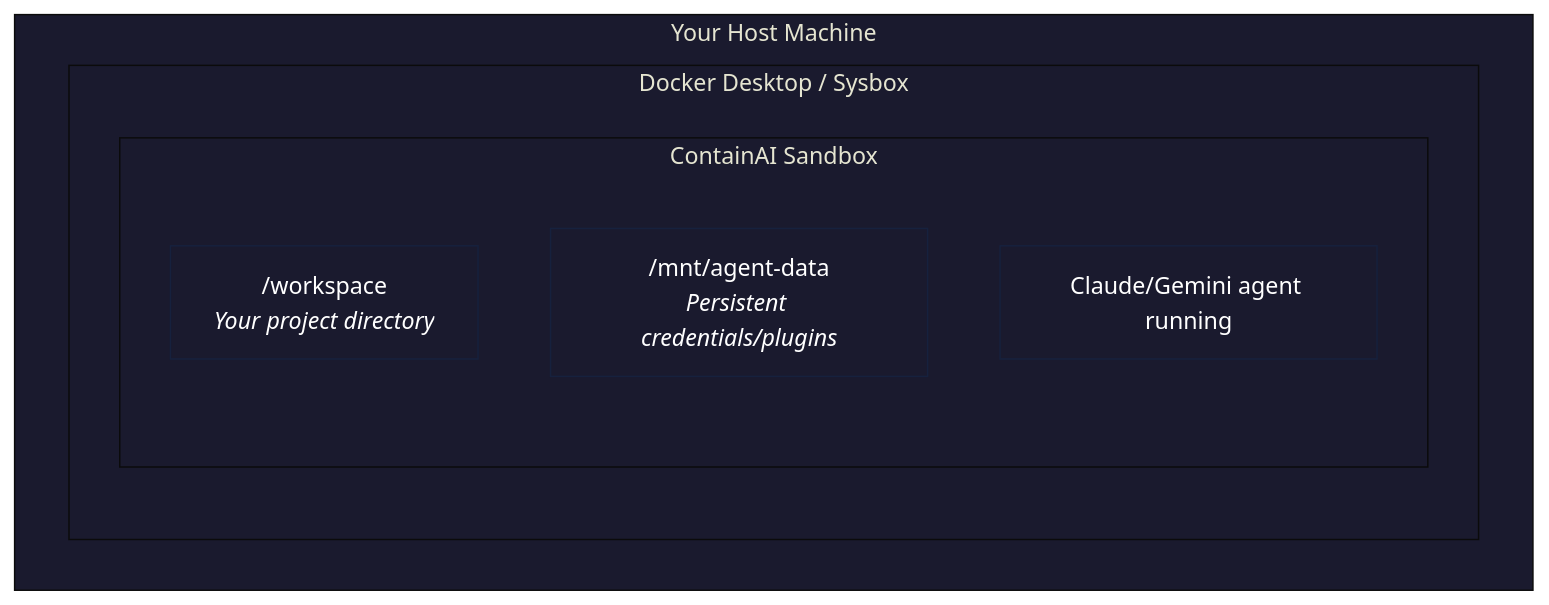
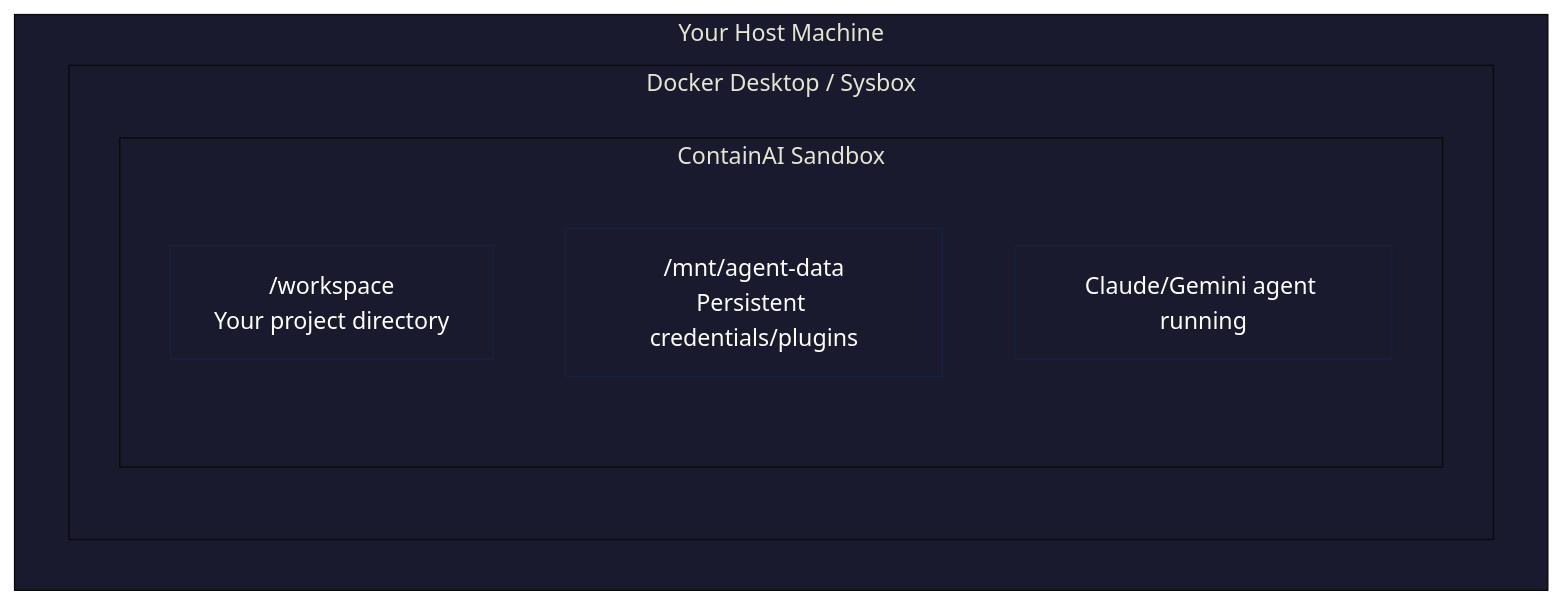
The second of 2 diagrams in docs/quickstart.md (novotnyllc/ContainAI), drawn with Mermaid before and after one commit. The commit also changed other lines of this file and 1 other file, not shown here.

First line of the commit message:
fix(docs): address mermaid review feedback

````diff
--- a/docs/quickstart.md
+++ b/docs/quickstart.md
@@ -140,22 +140,22 @@
 ```mermaid
 %%{init: {'theme': 'base', 'themeVariables': {
   'primaryColor': '#1a1a2e',
   'primaryTextColor': '#ffffff',
   'primaryBorderColor': '#16213e',
   'secondaryColor': '#0f3460',
   'tertiaryColor': '#1a1a2e',
   'lineColor': '#a0a0a0',
   'textColor': '#ffffff',
   'background': '#0d1117'
 }}}%%
 flowchart TB
     subgraph host["Your Host Machine"]
         subgraph runtime["Docker Desktop / Sysbox"]
             subgraph sandbox["ContainAI Sandbox"]
-                workspace["/workspace<br/><i>Your project directory</i>"]
-                data["/mnt/agent-data<br/><i>Persistent credentials/plugins</i>"]
+                workspace["/workspace<br/>Your project directory"]
+                data["/mnt/agent-data<br/>Persistent credentials/plugins"]
                 agent["Claude/Gemini agent running"]
             end
         end
     end
 ```
````
